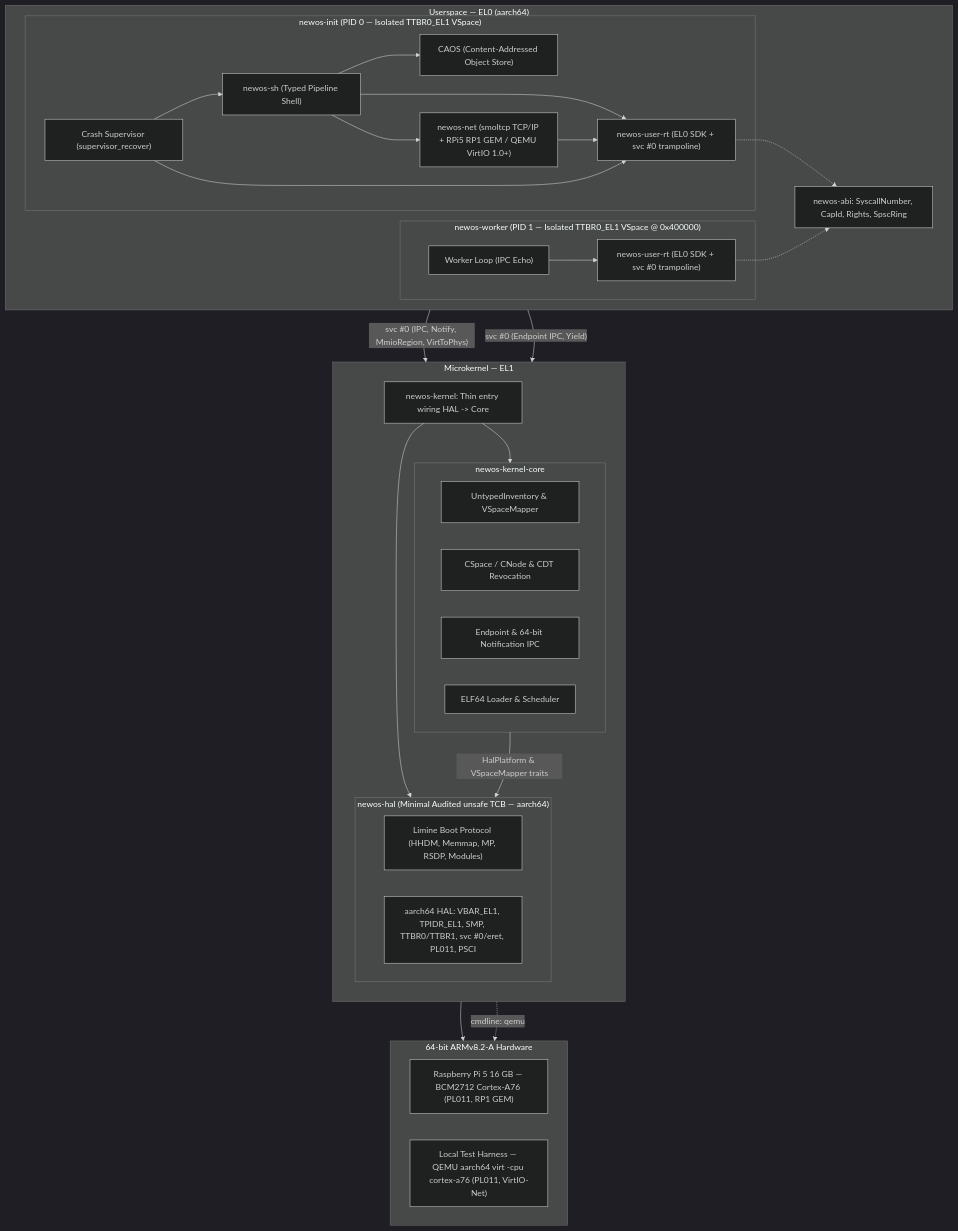
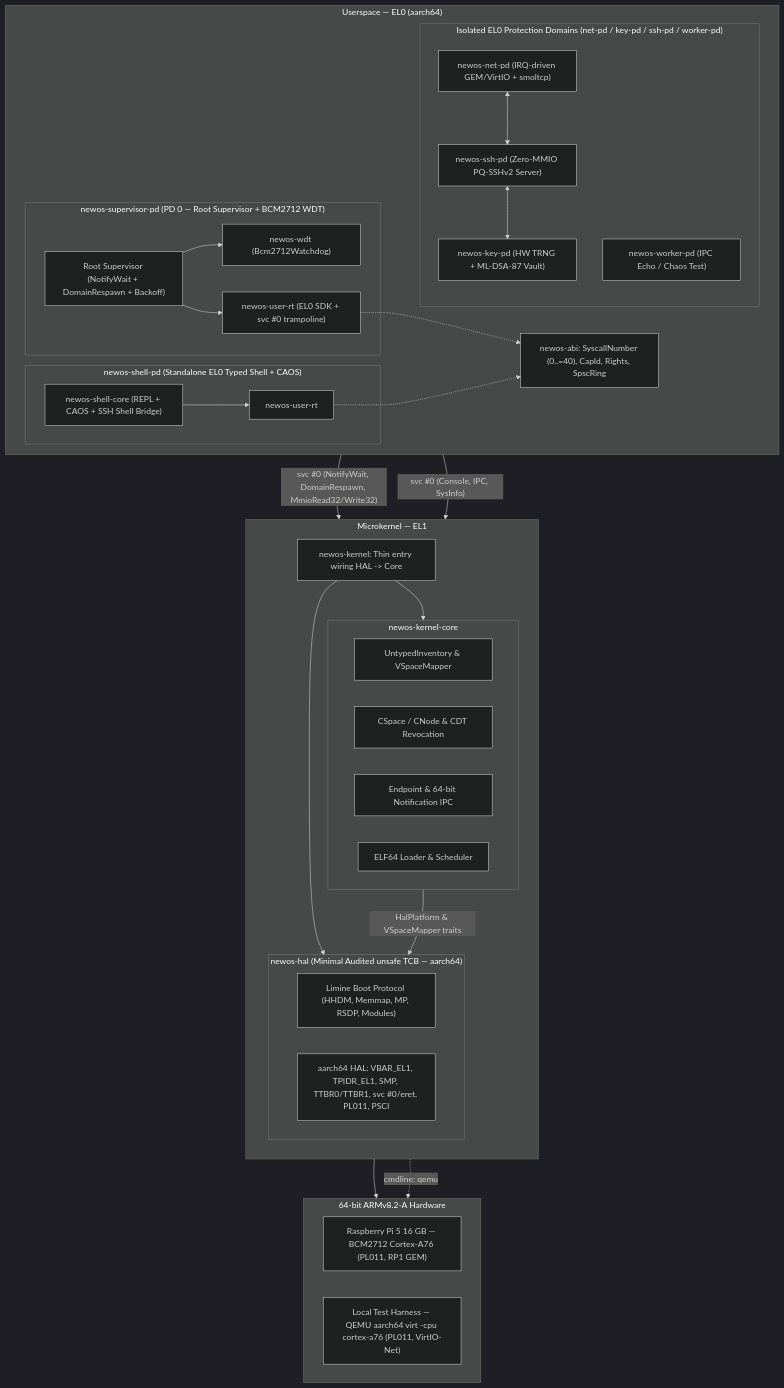
Before and after one commit to laurentgrangeau/newos: the first of 2 diagrams in README.md, drawn with Mermaid (dark theme). The commit also changed other lines of this file and 74 other files, not shown here.

Commit message:
release: v0.8.0 — EL0 Protection Domains, event-driven IPC/IRQ primitives, chaos respawn & zero-leak frame reclamation

````diff
--- a/README.md
+++ b/README.md
@@ -40,64 +40,67 @@
 ```mermaid
 flowchart TB
     subgraph Userspace["Userspace — EL0 (aarch64)"]
         direction LR
 
-        subgraph InitProc["newos-init (PID 0 — Isolated TTBR0_EL1 VSpace)"]
-            Shell["newos-sh (Typed Pipeline Shell)"]
-            CAOS["CAOS (Content-Addressed Object Store)"]
-            Sup["Crash Supervisor (supervisor_recover)"]
-            Net["newos-net (smoltcp TCP/IP + RPi5 RP1 GEM / QEMU VirtIO 1.0+)"]
+        subgraph SupervisorPD["newos-supervisor-pd (PD 0 — Root Supervisor + BCM2712 WDT)"]
+            Sup["Root Supervisor (NotifyWait + DomainRespawn + Backoff)"]
+            Wdt["newos-wdt (Bcm2712Watchdog)"]
             InitRT["newos-user-rt (EL0 SDK + svc #0 trampoline)"]
-            Shell --> CAOS
-            Shell --> Net
-            Sup --> Shell
-            Shell --> InitRT
-            Net --> InitRT
+            Sup --> Wdt
             Sup --> InitRT
         end
 
-        subgraph WorkerProc["newos-worker (PID 1 — Isolated TTBR0_EL1 VSpace @ 0x400000)"]
-            WorkerMain["Worker Loop (IPC Echo)"]
-            WorkerRT["newos-user-rt (EL0 SDK + svc #0 trampoline)"]
-            WorkerMain --> WorkerRT
+        subgraph ShProc["newos-shell-pd (Standalone EL0 Typed Shell + CAOS)"]
+            Shell["newos-shell-core (REPL + CAOS + SSH Shell Bridge)"]
+            ShRT["newos-user-rt"]
+            Shell --> ShRT
         end
 
-        ABI["newos-abi: SyscallNumber, CapId, Rights, SpscRing"]
+        subgraph Domains["Isolated EL0 Protection Domains (net-pd / key-pd / ssh-pd / worker-pd)"]
+            NetD["newos-net-pd (IRQ-driven GEM/VirtIO + smoltcp)"]
+            KeyD["newos-key-pd (HW TRNG + ML-DSA-87 Vault)"]
+            SshD["newos-ssh-pd (Zero-MMIO PQ-SSHv2 Server)"]
+            WorkerMain["newos-worker-pd (IPC Echo / Chaos Test)"]
+            NetD <--> SshD
+            SshD <--> KeyD
+        end
+
+        ABI["newos-abi: SyscallNumber (0..=40), CapId, Rights, SpscRing"]
         InitRT -.-> ABI
-        WorkerRT -.-> ABI
+        ShRT -.-> ABI
     end
 
     subgraph Kernel["Microkernel — EL1"]
         direction TB
         KernelBin["newos-kernel: Thin entry wiring HAL -> Core"]
 
         subgraph Core["newos-kernel-core"]
             direction LR
             Mem["UntypedInventory & VSpaceMapper"]
             CSpace["CSpace / CNode & CDT Revocation"]
             IPC["Endpoint & 64-bit Notification IPC"]
             ELF["ELF64 Loader & Scheduler"]
         end
 
         subgraph HAL["newos-hal (Minimal Audited unsafe TCB — aarch64)"]
             direction LR
             Boot["Limine Boot Protocol (HHDM, Memmap, MP, RSDP, Modules)"]
             ARM["aarch64 HAL: VBAR_EL1, TPIDR_EL1, SMP, TTBR0/TTBR1, svc #0/eret, PL011, PSCI"]
         end
 
         KernelBin --> Core
         KernelBin --> HAL
         Core -- "HalPlatform & VSpaceMapper traits" --> HAL
     end
 
     subgraph HW["64-bit ARMv8.2-A Hardware"]
         direction LR
         HW_RPI5["Raspberry Pi 5 16 GB — BCM2712 Cortex-A76 (PL011, RP1 GEM)"]
         HW_QEMU["Local Test Harness — QEMU aarch64 virt -cpu cortex-a76 (PL011, VirtIO-Net)"]
     end
 
-    InitRT -- "svc #0 (IPC, Notify, MmioRegion, VirtToPhys)" --> HAL
-    WorkerRT -- "svc #0 (Endpoint IPC, Yield)" --> HAL
+    InitRT -- "svc #0 (NotifyWait, DomainRespawn, MmioRead32/Write32)" --> HAL
+    ShRT -- "svc #0 (Console, IPC, SysInfo)" --> HAL
     ARM --> HW_RPI5
     ARM -. "cmdline: qemu" .-> HW_QEMU
 ```
````
